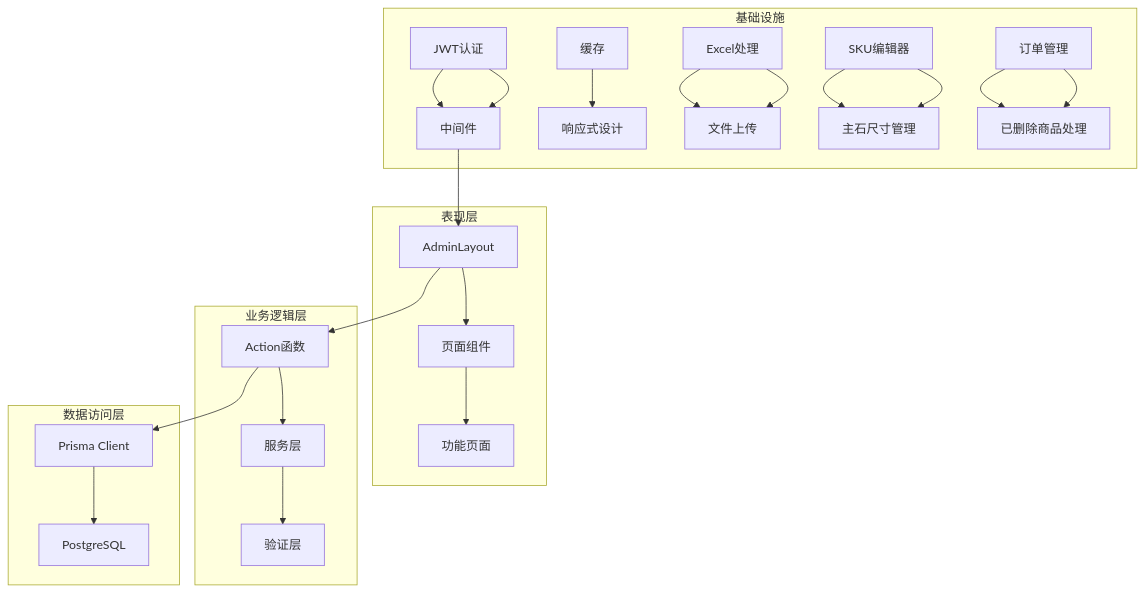
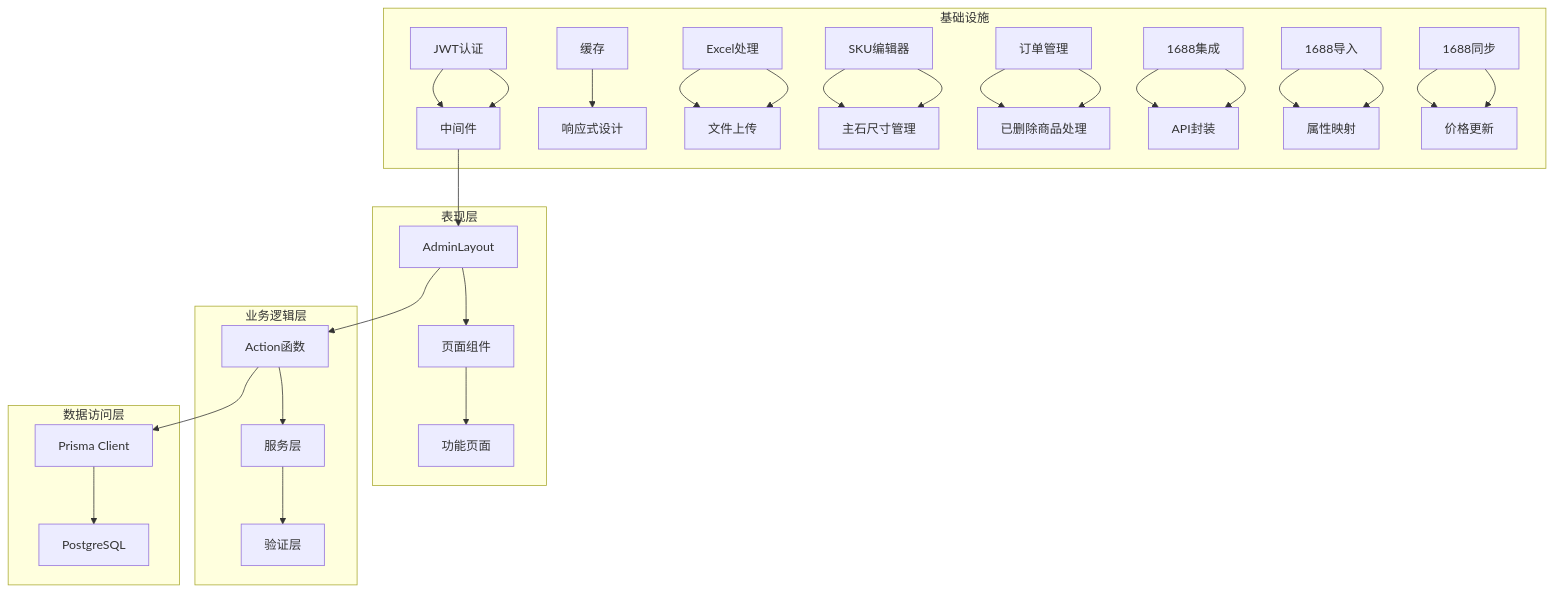
One commit to three3638-arch/celestia_2b changed the third of 12 diagrams in .qoder/repowiki/zh/content/管理后台系统/管理后台系统.md. Above: the diagram before and after it, drawn with Mermaid. The commit also changed other lines of this file and 8 other files, not shown here.

````diff
--- a/.qoder/repowiki/zh/content/管理后台系统/管理后台系统.md
+++ b/.qoder/repowiki/zh/content/管理后台系统/管理后台系统.md
@@ -239,28 +249,34 @@
 ```mermaid
 graph TB
 subgraph "表现层"
 A[AdminLayout] --> B[页面组件]
 B --> C[功能页面]
 end
 subgraph "业务逻辑层"
 D[Action函数] --> E[服务层]
 E --> F[验证层]
 end
 subgraph "数据访问层"
 G[Prisma Client] --> H[PostgreSQL]
 end
 subgraph "基础设施"
 I[JWT认证] --> J[中间件]
 K[缓存] --> L[响应式设计]
 M[Excel处理] --> N[文件上传]
 O[SKU编辑器] --> P[主石尺寸管理]
 Q[订单管理] --> R[已删除商品处理]
+S[1688集成] --> T[API封装]
+U[1688导入] --> V[属性映射]
+W[1688同步] --> X[价格更新]
 end
 A --> D
 D --> G
 I --> J
 J --> A
 M --> N
 O --> P
 Q --> R
+S --> T
+U --> V
+W --> X
 ```
````
